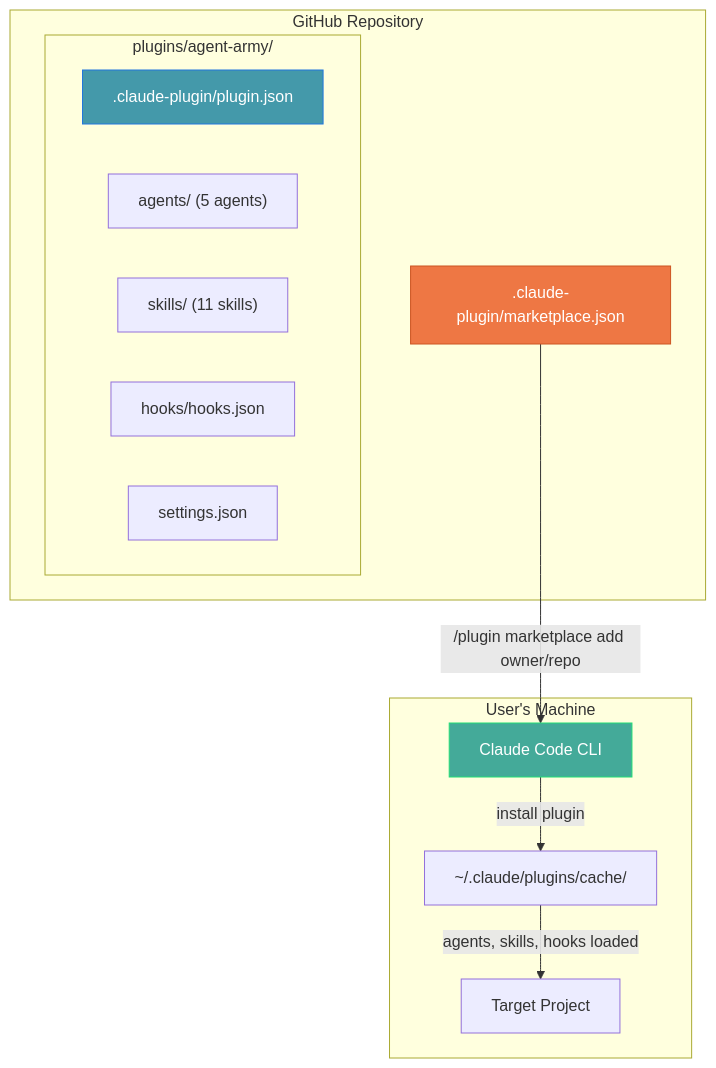
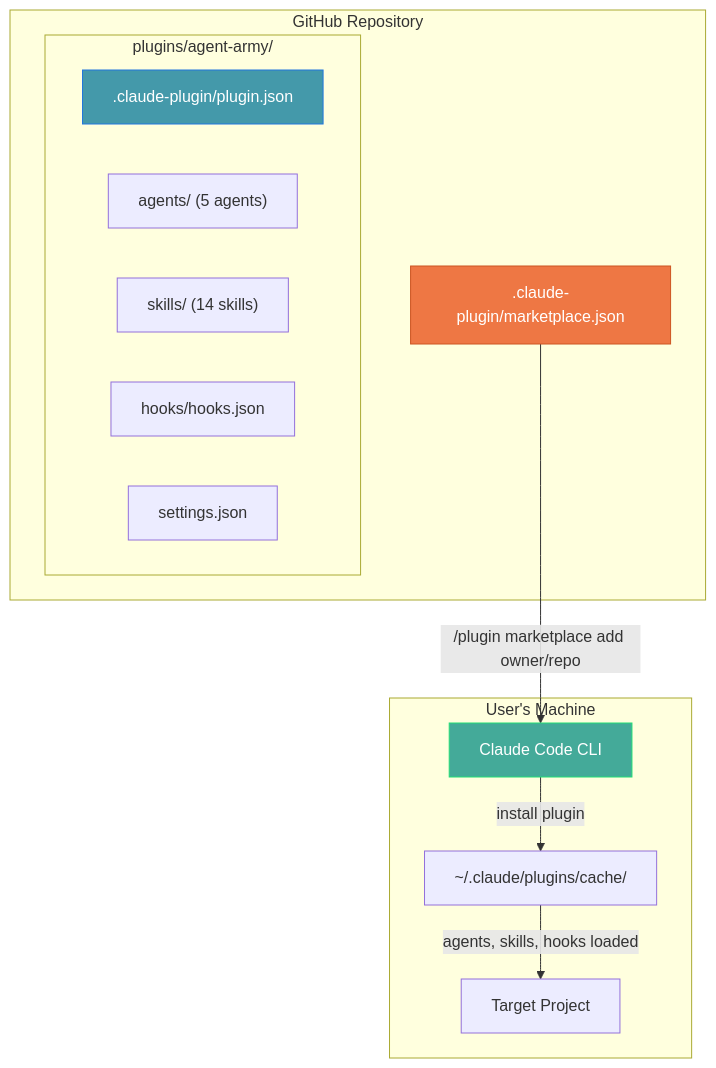
Before and after one commit to Muheng1992/symbiotic-engineering: diagram 16 of 18 in docs/plugin/agent-army-design.md, drawn with Mermaid. The commit also changed other lines of this file and 24 other files, not shown here.

````diff
--- a/docs/plugin/agent-army-design.md
+++ b/docs/plugin/agent-army-design.md
@@ -850,27 +888,27 @@
 ```mermaid
 graph TB
     subgraph "GitHub Repository"
         MK[".claude-plugin/marketplace.json"]
         subgraph "plugins/agent-army/"
             PJ[".claude-plugin/plugin.json"]
             AG["agents/ (5 agents)"]
-            SK["skills/ (11 skills)"]
+            SK["skills/ (14 skills)"]
             HK["hooks/hooks.json"]
             ST["settings.json"]
         end
     end
 
     subgraph "User's Machine"
         CC[Claude Code CLI]
         CACHE["~/.claude/plugins/cache/"]
         PROJ["Target Project"]
     end
 
     MK -->|"/plugin marketplace add owner/repo"| CC
     CC -->|"install plugin"| CACHE
     CACHE -->|"agents, skills, hooks loaded"| PROJ
 
     style MK fill:#e74,stroke:#c52,color:#fff
     style PJ fill:#49a,stroke:#27d,color:#fff
     style CC fill:#4a9,stroke:#2d7,color:#fff
 ```
````
